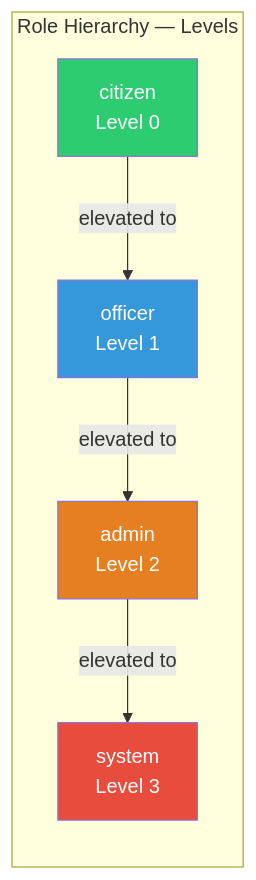
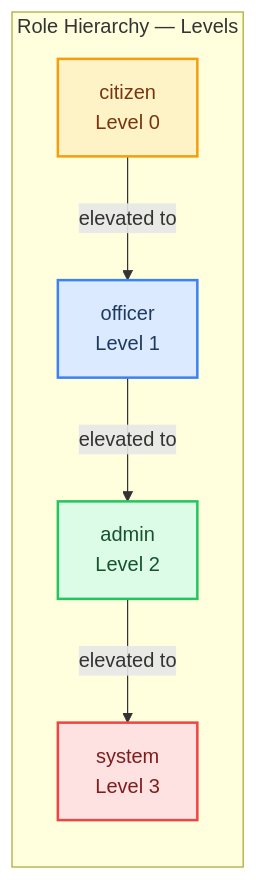
The first of 3 diagrams in docs/architecture/AUTHORIZATION.md (SafeVixAI/SafeVixAI), drawn with Mermaid before and after one commit. The commit also changed other lines of this file and 85 other files, not shown here.

Commit message:
docs: Fix Mermaid diagrams, resolve relative link warnings, and ensure clean mkdocs build

````diff
--- a/docs/architecture/AUTHORIZATION.md
+++ b/docs/architecture/AUTHORIZATION.md
@@ -7,18 +7,22 @@
 ```mermaid
 graph BT
+    classDef edge fill:#dbeafe,stroke:#3b82f6,stroke-width:2px,color:#1e3a5f
+    classDef control fill:#dcfce7,stroke:#22c55e,stroke-width:2px,color:#14532d
+    classDef ai fill:#f3e8ff,stroke:#a855f7,stroke-width:2px,color:#581c87
+    classDef data fill:#fef3c7,stroke:#f59e0b,stroke-width:2px,color:#78350f
+    classDef security fill:#fee2e2,stroke:#ef4444,stroke-width:2px,color:#7f1d1d
+    classDef external fill:#f1f5f9,stroke:#94a3b8,stroke-width:2px,stroke-dasharray:5 5,color:#334155
+    classDef decision fill:#e0e7ff,stroke:#6366f1,stroke-width:2px,color:#312e81
+    classDef success fill:#d1fae5,stroke:#10b981,stroke-width:2px,color:#064e3b
+
     subgraph Roles["Role Hierarchy — Levels"]
-        SYS[system<br/>Level 3]
-        ADMIN[admin<br/>Level 2]
-        OFFICER[officer<br/>Level 1]
-        CITIZEN[citizen<br/>Level 0]
+        SYS["system<br/>Level 3"]:::security
+        ADMIN["admin<br/>Level 2"]:::control
+        OFFICER["officer<br/>Level 1"]:::edge
+        CITIZEN["citizen<br/>Level 0"]:::data
     end
 
-    CITIZEN -->|elevated to| OFFICER
-    OFFICER -->|elevated to| ADMIN
-    ADMIN -->|elevated to| SYS
-
-    style SYS fill:#e74c3c,color:#fff
-    style ADMIN fill:#e67e22,color:#fff
-    style OFFICER fill:#3498db,color:#fff
-    style CITIZEN fill:#2ecc71,color:#fff
+    CITIZEN -->|"elevated to"| OFFICER
+    OFFICER -->|"elevated to"| ADMIN
+    ADMIN -->|"elevated to"| SYS
 ```
````
